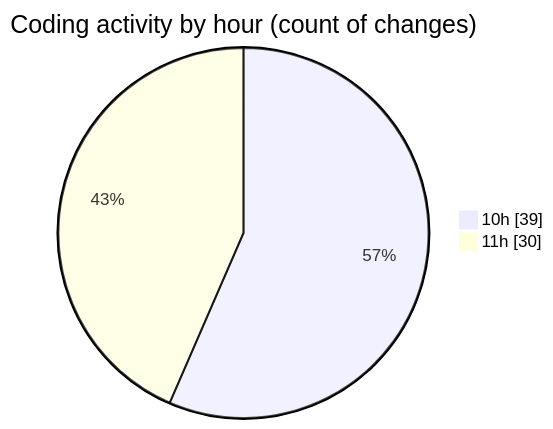
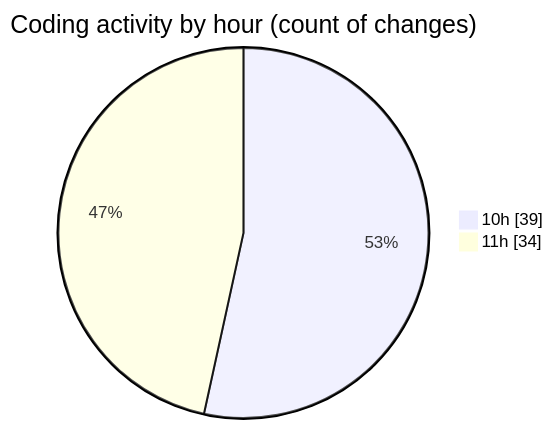
One commit to CELIANVF/code-tracking changed the second of 2 diagrams in 2025-04-15/portfolio/README.md. Above: the diagram before and after it, drawn with Mermaid. The commit also changed other lines of this file and 1 other file, not shown here.

````diff
--- a/2025-04-15/portfolio/README.md
+++ b/2025-04-15/portfolio/README.md
@@ -30,6 +30,6 @@
 ```mermaid
 pie showData
 title Coding activity by hour (count of changes)
 "10h" : 39
-"11h" : 30
+"11h" : 34
 ```
````
